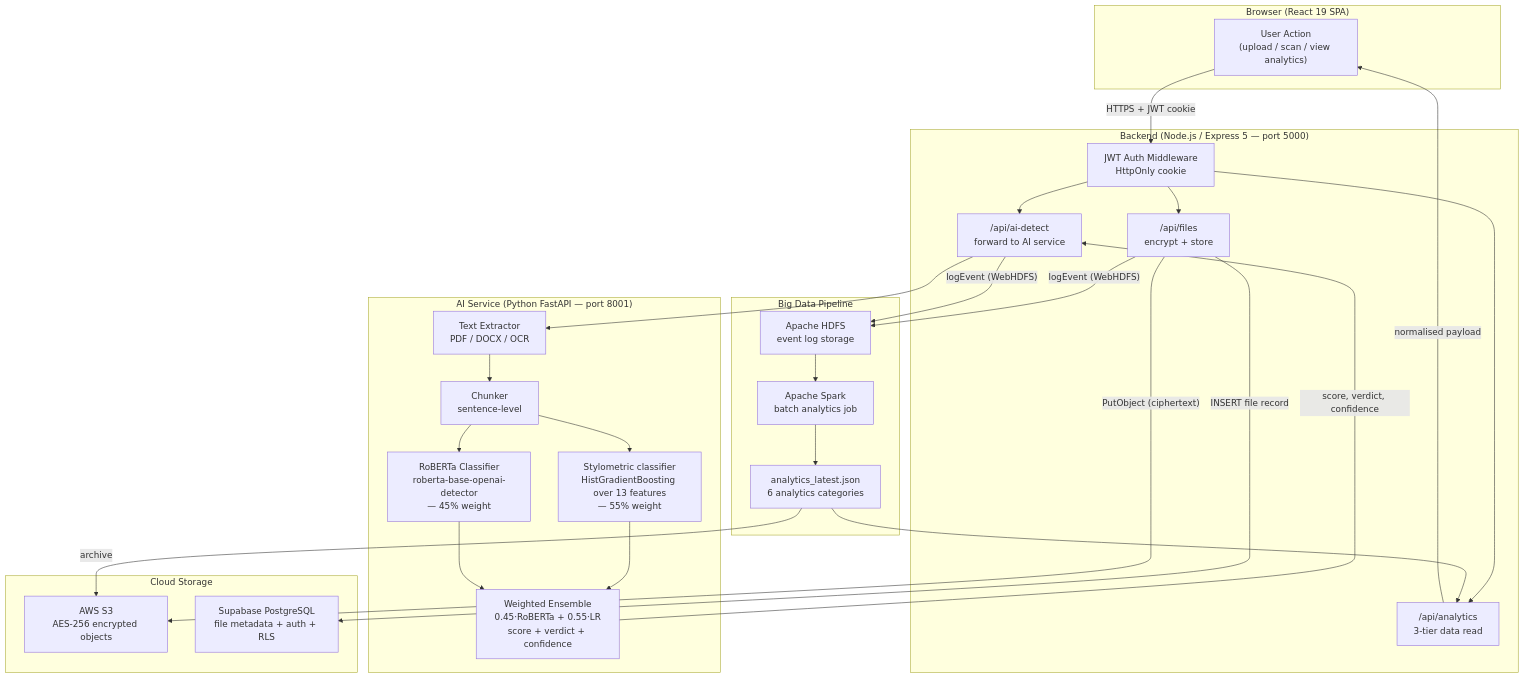
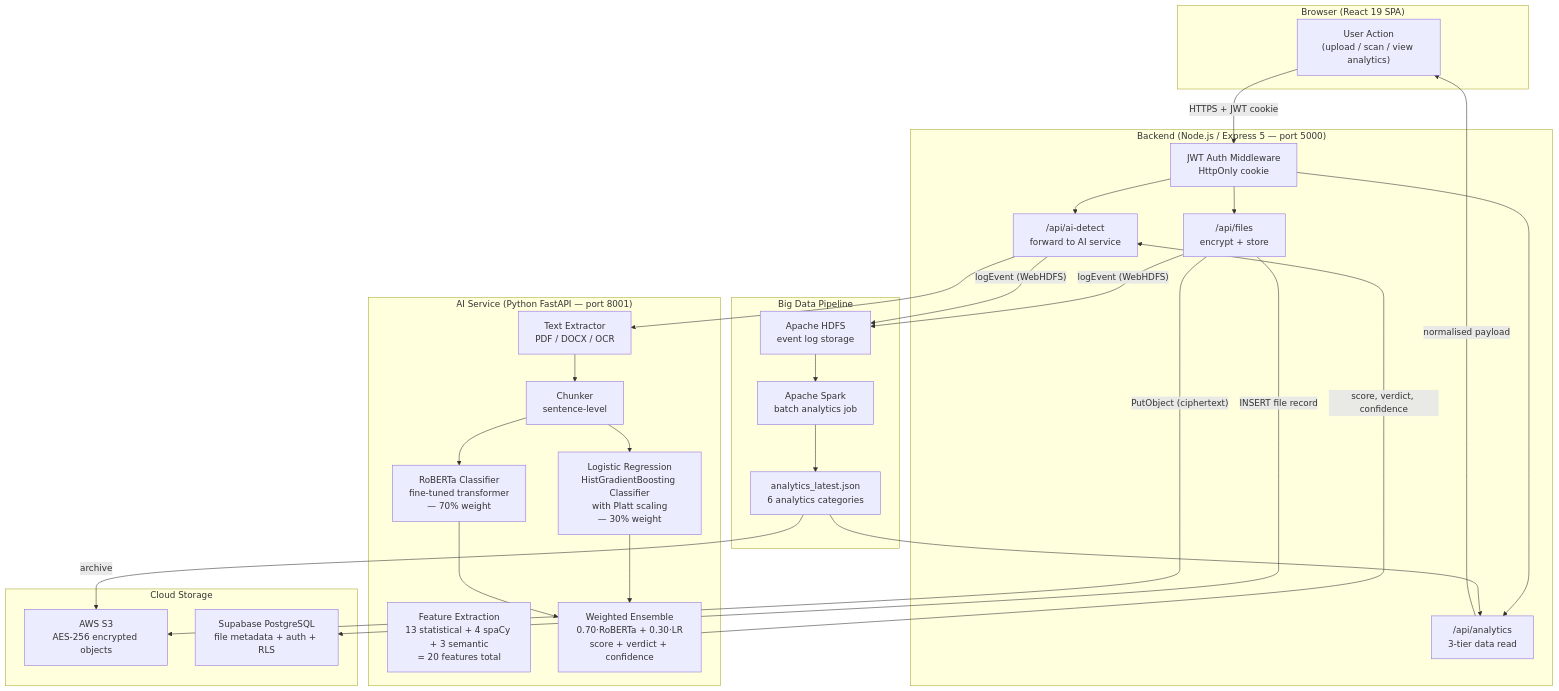
Before and after one commit to securitywithhem/vaultiq: the first of 10 diagrams in README.md, drawn with Mermaid. The commit also changed other lines of this file, not shown here.

First line of the commit message:
docs: update README with current model architecture and retraining results

````diff
--- a/README.md
+++ b/README.md
@@ -166,58 +166,59 @@
 ```mermaid
 flowchart TD
     subgraph Browser["Browser (React 19 SPA)"]
         UI["User Action<br/>(upload / scan / view analytics)"]
     end
 
     subgraph Backend["Backend (Node.js / Express 5 — port 5000)"]
         Auth["JWT Auth Middleware<br/>HttpOnly cookie"]
         FileRoute["/api/files<br/>encrypt + store"]
         AIRoute["/api/ai-detect<br/>forward to AI service"]
         AnalyticsRoute["/api/analytics<br/>3-tier data read"]
     end
 
     subgraph Storage["Cloud Storage"]
         S3["AWS S3<br/>AES-256 encrypted objects"]
         DB["Supabase PostgreSQL<br/>file metadata + auth + RLS"]
     end
 
     subgraph AIService["AI Service (Python FastAPI — port 8001)"]
         Extract["Text Extractor<br/>PDF / DOCX / OCR"]
         Chunk["Chunker<br/>sentence-level"]
-        StatModel["Stylometric classifier<br/>HistGradientBoosting over 13 features<br/>— 55% weight"]
-        RoBERTa["RoBERTa Classifier<br/>roberta-base-openai-detector<br/>— 45% weight"]
-        Ensemble["Weighted Ensemble<br/>0.45·RoBERTa + 0.55·LR<br/>score + verdict + confidence"]
+        Features["Feature Extraction<br/>13 statistical + 4 spaCy + 3 semantic<br/>= 20 features total"]
+        StatModel["Logistic Regression<br/>HistGradientBoosting Classifier<br/>with Platt scaling<br/>— 30% weight"]
+        RoBERTa["RoBERTa Classifier<br/>fine-tuned transformer<br/>— 70% weight"]
+        Ensemble["Weighted Ensemble<br/>0.70·RoBERTa + 0.30·LR<br/>score + verdict + confidence"]
     end
 
     subgraph BigData["Big Data Pipeline"]
         HDFS["Apache HDFS<br/>event log storage"]
         Spark["Apache Spark<br/>batch analytics job"]
         Results["analytics_latest.json<br/>6 analytics categories"]
     end
 
     UI -->|"HTTPS + JWT cookie"| Auth
     Auth --> FileRoute
     Auth --> AIRoute
     Auth --> AnalyticsRoute
 
     FileRoute -->|"PutObject (ciphertext)"| S3
     FileRoute -->|"INSERT file record"| DB
 
     AIRoute --> Extract
     Extract --> Chunk
     Chunk --> StatModel
     Chunk --> RoBERTa
     StatModel --> Ensemble
     RoBERTa --> Ensemble
     Ensemble -->|"score, verdict, confidence"| AIRoute
 
     FileRoute -->|"logEvent (WebHDFS)"| HDFS
     AIRoute -->|"logEvent (WebHDFS)"| HDFS
 
     HDFS --> Spark
     Spark --> Results
     Results --> AnalyticsRoute
     Results -->|"archive"| S3
 
     AnalyticsRoute -->|"normalised payload"| UI
 ```
````
